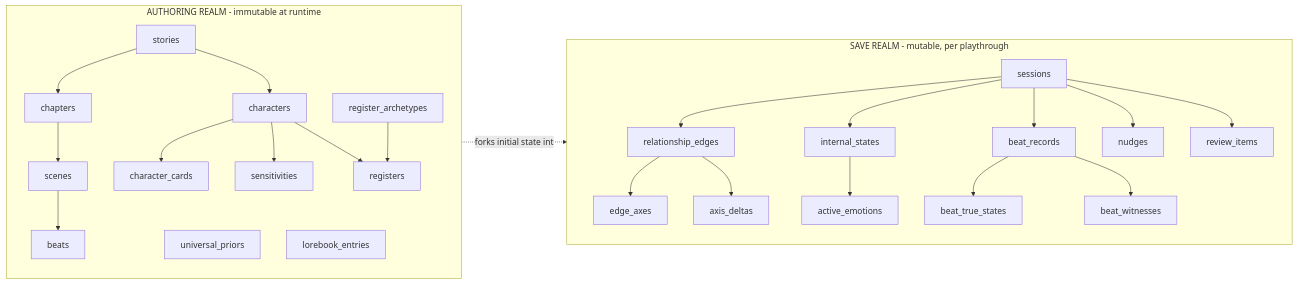
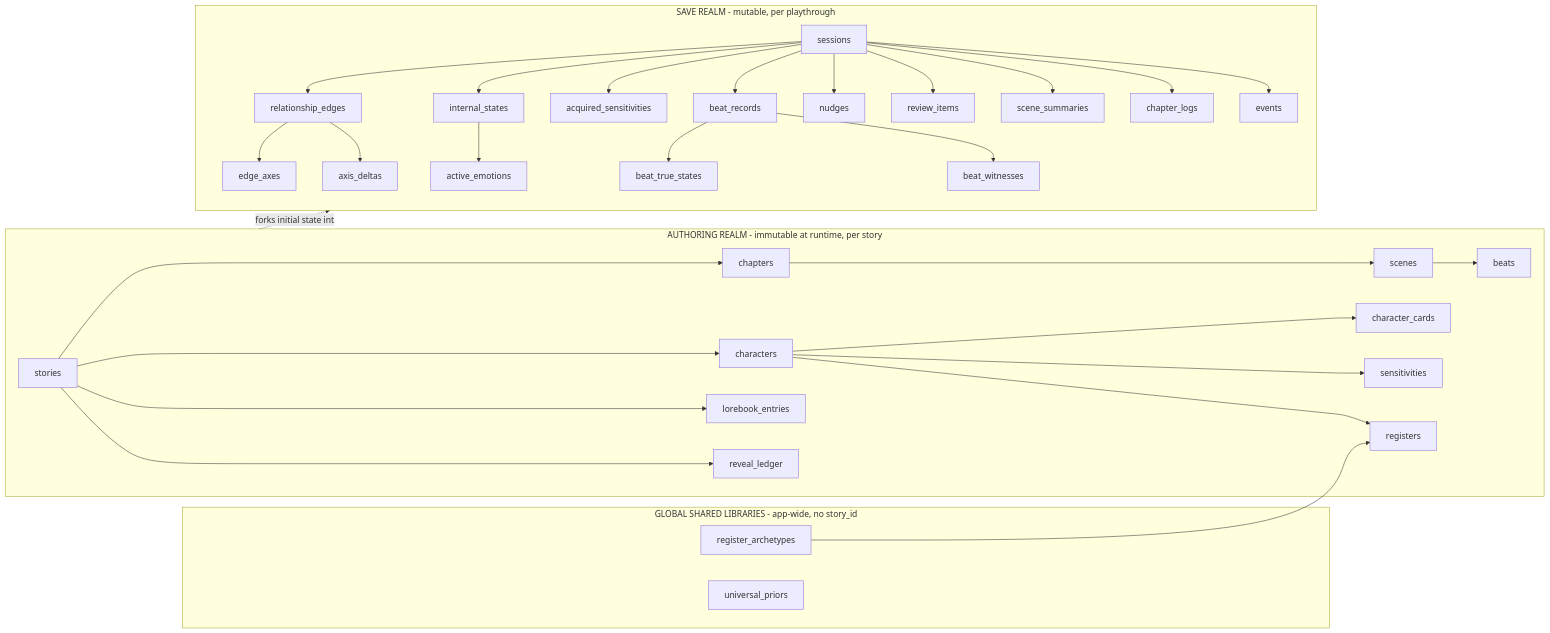
One commit to ZulfikarHD/text-advanture-app changed the diagram in docs/architecture/DATABASE.md. Above: the diagram before and after it, drawn with Mermaid. The commit also changed other lines of this file and 27 other files, not shown here.

Commit message:
Planning : Update architecture brief and ADRs to reflect the completion of design for NPC behaviour and narrator subsystems; all ADRs are now marked as Proposed. Enhance README and database schema documentation for clarity on current status and planning stage.

````diff
--- a/docs/architecture/DATABASE.md
+++ b/docs/architecture/DATABASE.md
@@ -13,28 +15,36 @@
 ```mermaid
 flowchart LR
-  subgraph authoring [AUTHORING REALM - immutable at runtime]
+  subgraph authoring [AUTHORING REALM - immutable at runtime, per story]
     stories --> characters
     stories --> chapters
+    stories --> lorebook_entries
+    stories --> reveal_ledger
     chapters --> scenes
     scenes --> beats
     characters --> character_cards
     characters --> sensitivities
     characters --> registers
-    register_archetypes --> registers
+  end
+  subgraph libraries [GLOBAL SHARED LIBRARIES - app-wide, no story_id]
+    register_archetypes
     universal_priors
-    lorebook_entries
   end
+  register_archetypes --> registers
   subgraph save [SAVE REALM - mutable, per playthrough]
     sessions --> relationship_edges
     relationship_edges --> edge_axes
     relationship_edges --> axis_deltas
     sessions --> internal_states
     internal_states --> active_emotions
+    sessions --> acquired_sensitivities
     sessions --> beat_records
     beat_records --> beat_true_states
     beat_records --> beat_witnesses
     sessions --> nudges
     sessions --> review_items
+    sessions --> scene_summaries
+    sessions --> chapter_logs
+    sessions --> events
   end
   authoring -.forks initial state into.-> save
 ```
````
